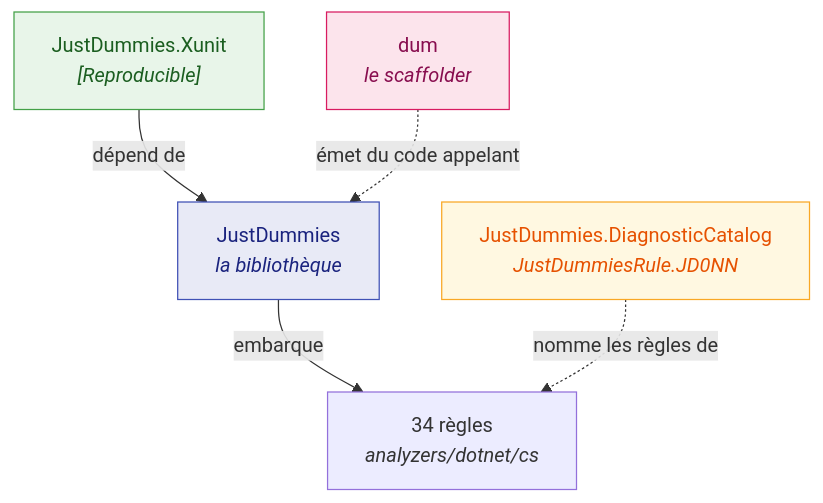
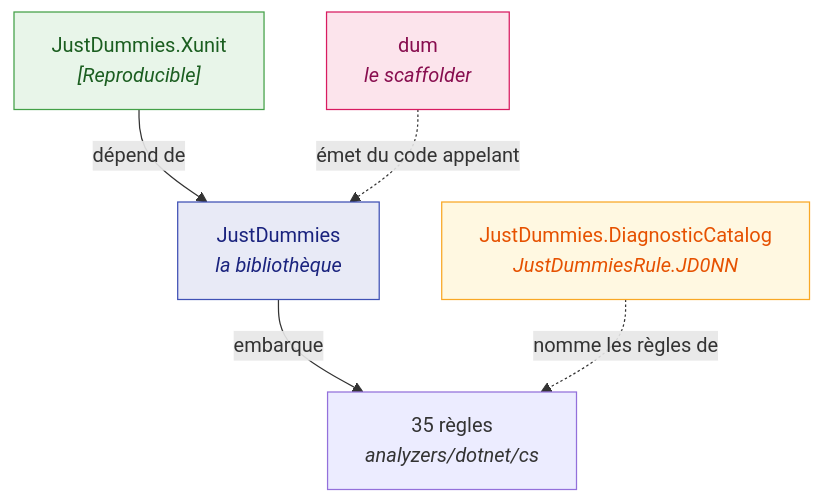
The diagram in doc/handwritten/for-users/packages/README.fr.md (Reefact/just-dummies), drawn with Mermaid before and after one commit. The commit also changed other lines of this file and 68 other files, not shown here.

````diff
--- a/doc/handwritten/for-users/packages/README.fr.md
+++ b/doc/handwritten/for-users/packages/README.fr.md
@@ -19,14 +19,14 @@
 ```mermaid
 flowchart TD
     accTitle: Comment les quatre paquets s'articulent
-    accDescr: JustDummies, la bibliothèque, embarque les 34 règles sous analyzers/dotnet/cs. JustDummies.Xunit dépend de la bibliothèque. JustDummies.DiagnosticCatalog nomme ces règles sans en dépendre, et dum, le scaffolder, émet du code appelant la bibliothèque.
-    L["JustDummies<br/><i>la bibliothèque</i>"] -->|"embarque"| A["34 règles<br/><i>analyzers/dotnet/cs</i>"]
+    accDescr: JustDummies, la bibliothèque, embarque les 35 règles sous analyzers/dotnet/cs. JustDummies.Xunit dépend de la bibliothèque. JustDummies.DiagnosticCatalog nomme ces règles sans en dépendre, et dum, le scaffolder, émet du code appelant la bibliothèque.
+    L["JustDummies<br/><i>la bibliothèque</i>"] -->|"embarque"| A["35 règles<br/><i>analyzers/dotnet/cs</i>"]
     X["JustDummies.Xunit<br/><i>[Reproducible]</i>"] -->|"dépend de"| L
     C["JustDummies.DiagnosticCatalog<br/><i>JustDummiesRule.JD0NN</i>"]
     C -.->|"nomme les règles de"| A
     D["dum<br/><i>le scaffolder</i>"] -.->|"émet du code appelant"| L
     style L fill:#e8eaf6,stroke:#3f51b5,color:#1a237e
     style X fill:#e8f5e9,stroke:#43a047,color:#1b5e20
     style C fill:#fff8e1,stroke:#f9a825,color:#e65100
     style D fill:#fce4ec,stroke:#d81b60,color:#880e4f
 ```
````
